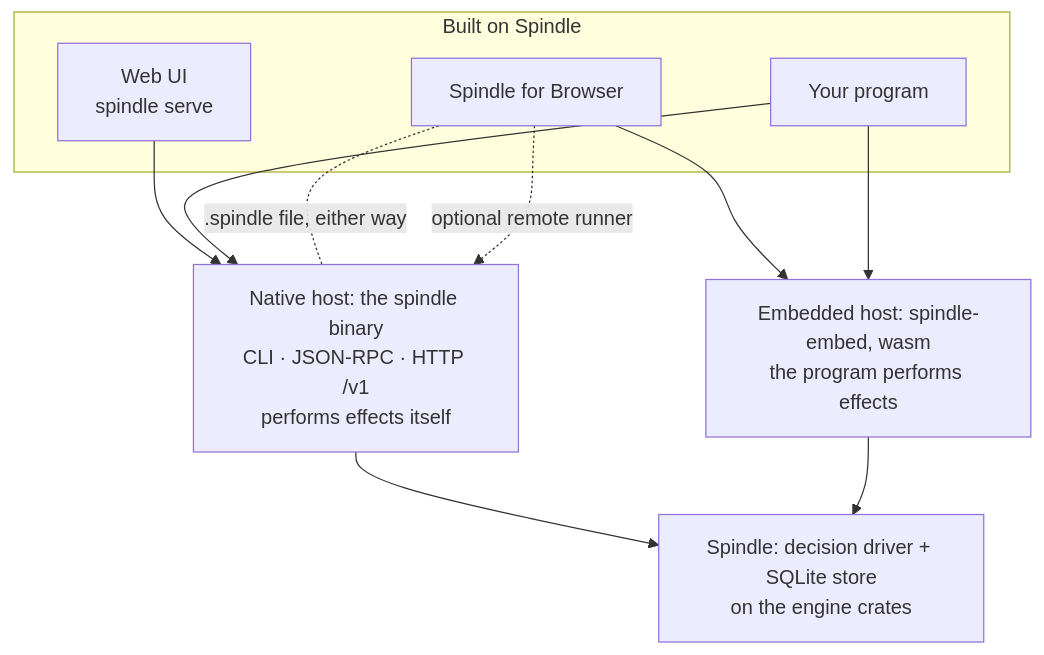
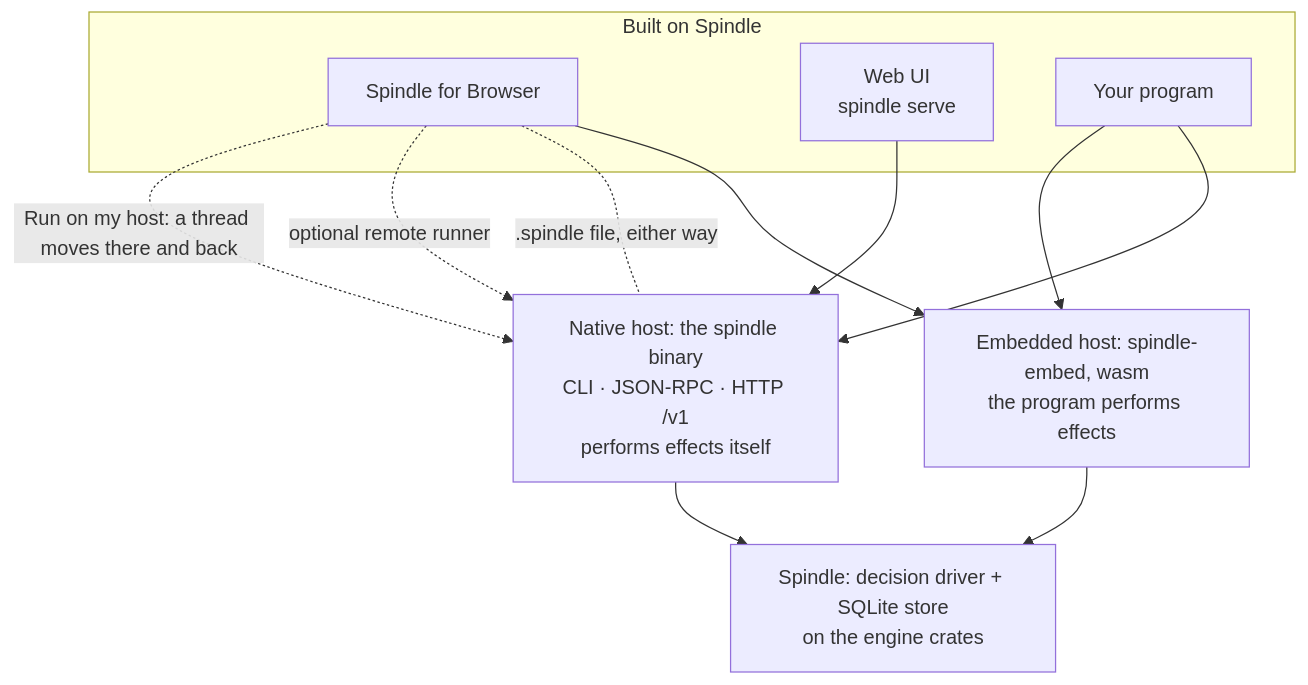
One commit to SiliconState/Spindle changed the diagram in README.md. Above: the diagram before and after it, drawn with Mermaid. The commit also changed other lines of this file and 42 other files, not shown here.

````diff
--- a/README.md
+++ b/README.md
@@ -58,20 +58,21 @@
 ```mermaid
 flowchart TB
     subgraph built["Built on Spindle"]
         Ext["Spindle for Browser"]
         WebUI["Web UI<br/>spindle serve"]
         Yours["Your program"]
     end
     Native["Native host: the spindle binary<br/>CLI · JSON-RPC · HTTP /v1<br/>performs effects itself"]
     Embedded["Embedded host: spindle-embed, wasm<br/>the program performs effects"]
     Core["Spindle: decision driver + SQLite store<br/>on the engine crates"]
 
     Ext --> Embedded
     WebUI --> Native
     Yours --> Native
     Yours --> Embedded
     Native --> Core
     Embedded --> Core
     Ext -.-|".spindle file, either way"| Native
     Ext -.->|"optional remote runner"| Native
+    Ext -.->|"Run on my host: a thread moves there and back"| Native
 ```
````
